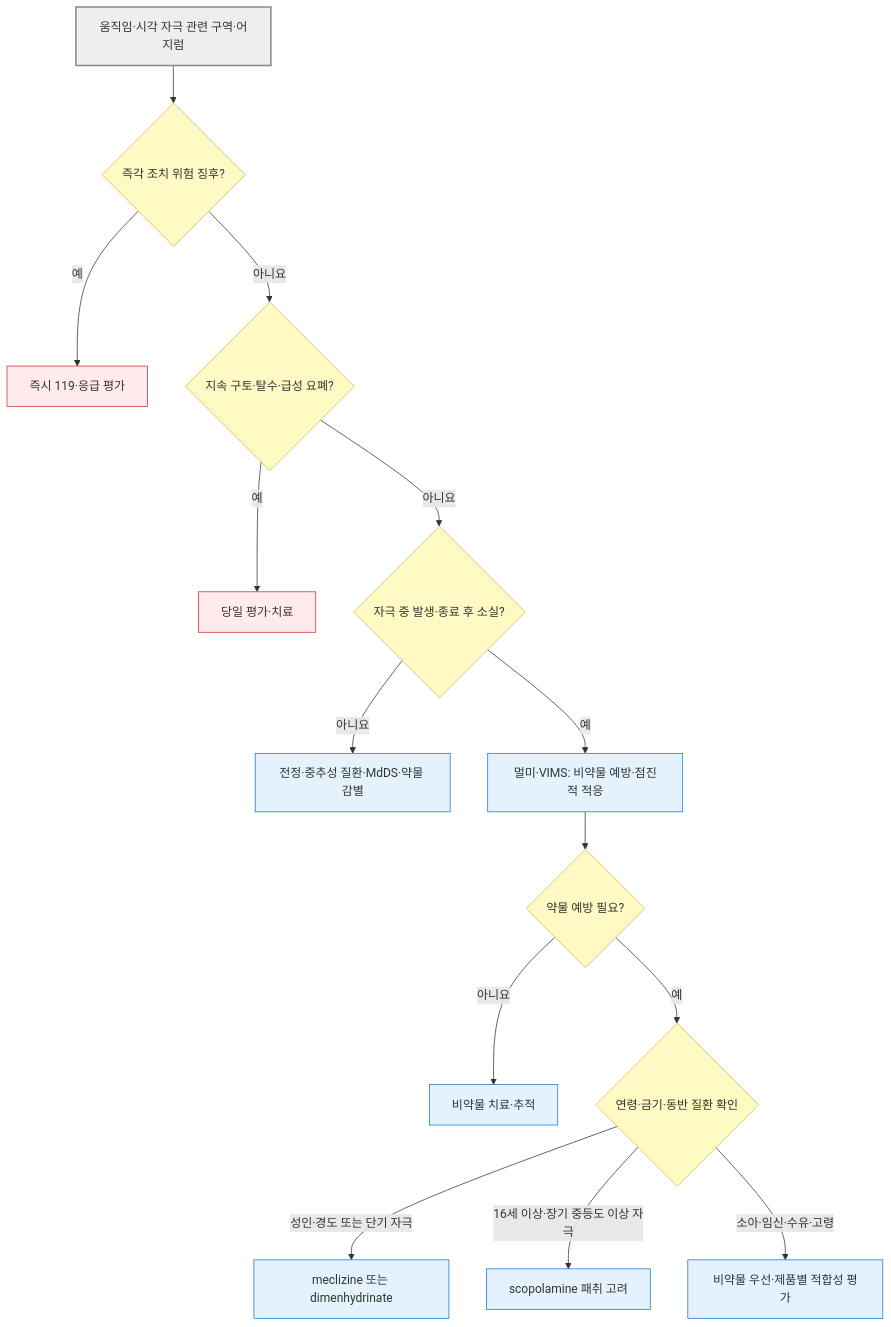
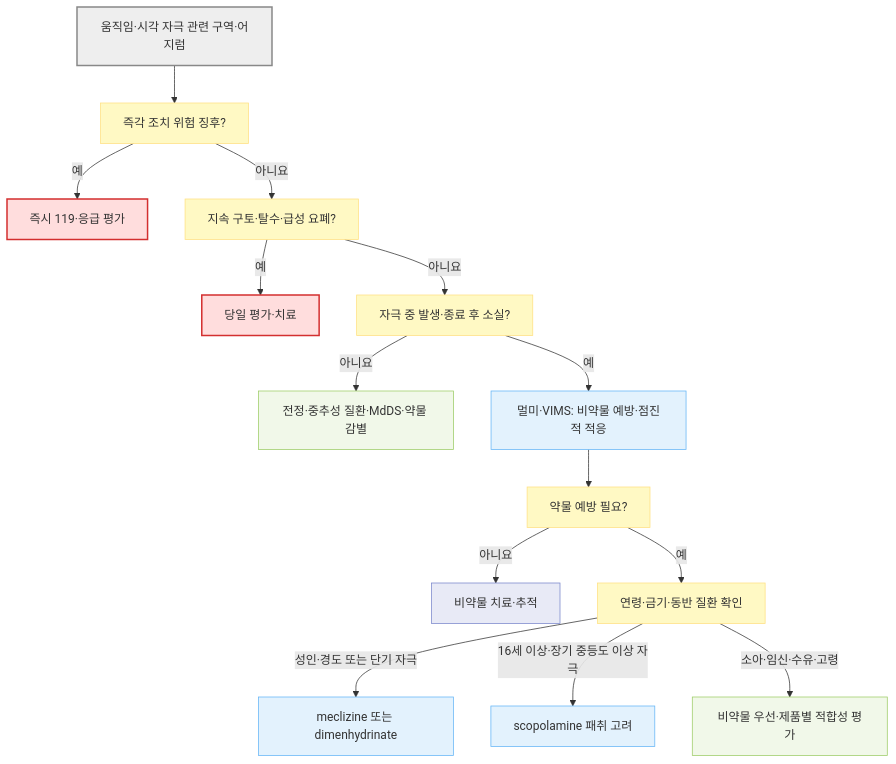
Before and after one commit to familyoh77/familyoh77: the diagram in 221_/024_-motion-sickness.md, drawn with Mermaid. The commit also changed 17 other files, not shown here.

````diff
--- a/221_/024_-motion-sickness.md
+++ b/221_/024_-motion-sickness.md
@@ -123,24 +123,29 @@
 ```mermaid
 flowchart TD
-    A["움직임·시각 자극 관련 구역·어지럼"] --> B{"즉각 조치 위험 징후?"}
+    A["움직임·시각 자극 관련 구역·어지럼"] --> B["즉각 조치 위험 징후?"]
     B -- "예" --> U["즉시 119·응급 평가"]
-    B -- "아니요" --> C{"지속 구토·탈수·급성 요폐?"}
+    B -- "아니요" --> C["지속 구토·탈수·급성 요폐?"]
     C -- "예" --> V["당일 평가·치료"]
-    C -- "아니요" --> D{"자극 중 발생·종료 후 소실?"}
+    C -- "아니요" --> D["자극 중 발생·종료 후 소실?"]
     D -- "아니요" --> E["전정·중추성 질환·MdDS·약물 감별"]
     D -- "예" --> F["멀미·VIMS: 비약물 예방·점진적 적응"]
-    F --> G{"약물 예방 필요?"}
+    F --> G["약물 예방 필요?"]
     G -- "아니요" --> H["비약물 치료·추적"]
-    G -- "예" --> I{"연령·금기·동반 질환 확인"}
+    G -- "예" --> I["연령·금기·동반 질환 확인"]
     I -- "성인·경도 또는 단기 자극" --> J["meclizine 또는 dimenhydrinate"]
     I -- "16세 이상·장기 중등도 이상 자극" --> K["scopolamine 패취 고려"]
     I -- "소아·임신·수유·고령" --> L["비약물 우선·제품별 적합성 평가"]
-    classDef start fill:#eee,stroke:#888,stroke-width:2px
-    classDef decision fill:#fff9c4,stroke:#d6b656
-    classDef process fill:#e3f2fd,stroke:#1976d2
-    classDef urgent fill:#ffebee,stroke:#d32f2f
+
+    classDef start fill:#eeeeee,stroke:#888888,stroke-width:2px
+    classDef question fill:#fff9c4,stroke:#ffe082
+    classDef emergency fill:#ffdddd,stroke:#d32f2f,stroke-width:2px
+    classDef evaluation fill:#f1f8e9,stroke:#9ccc65
+    classDef treatment fill:#e3f2fd,stroke:#64b5f6
+    classDef followup fill:#e8eaf6,stroke:#7986cb
     class A start
-    class B,C,D,G,I decision
-    class E,F,H,J,K,L process
-    class U,V urgent
+    class B,C,D,G,I question
+    class U,V emergency
+    class E,L evaluation
+    class F,J,K treatment
+    class H followup
 ```
````
